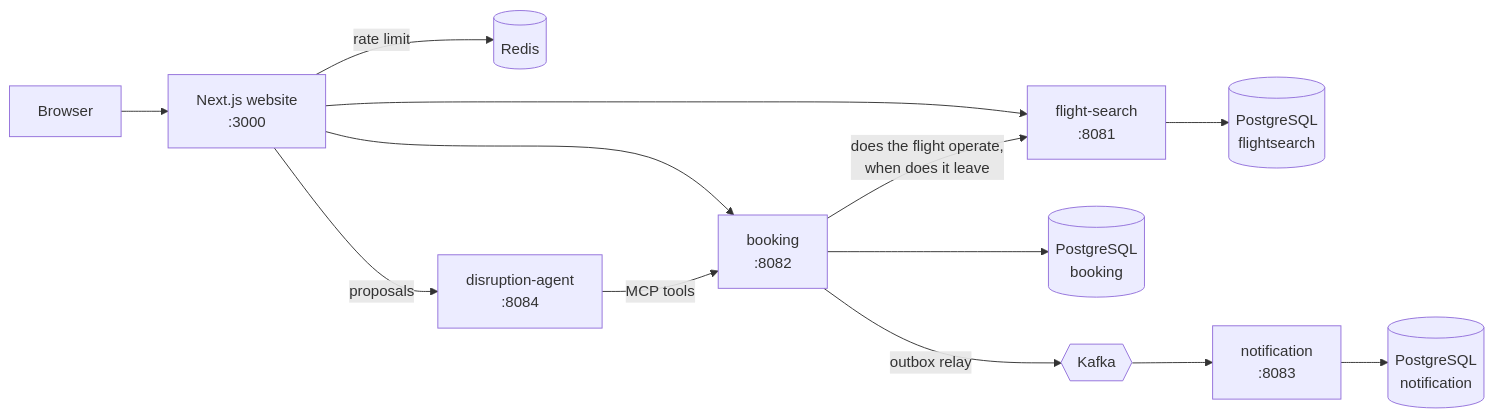
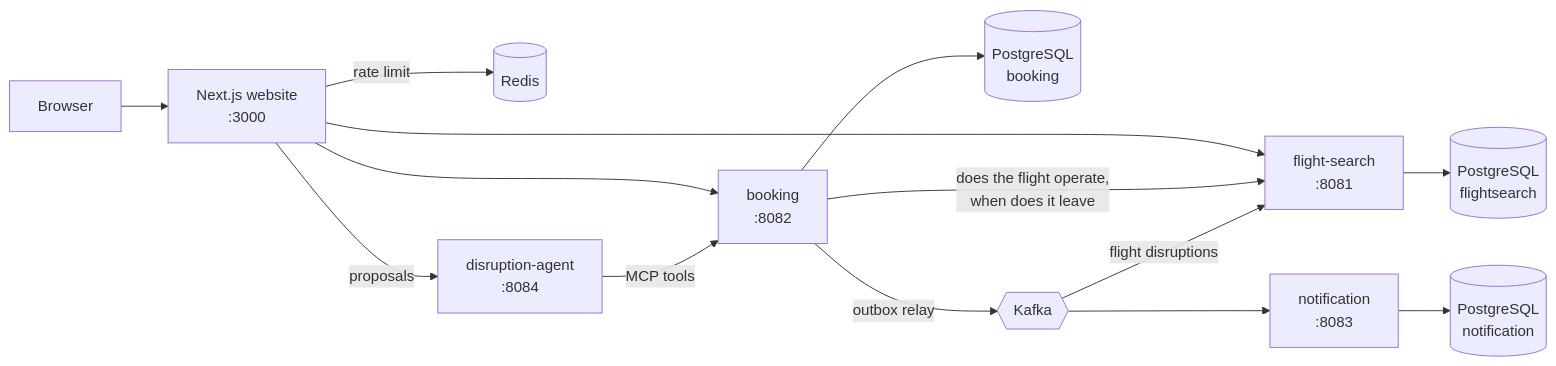
The diagram in README.md (sudeshkar/SkyHub), drawn with Mermaid before and after one commit. The commit also changed other lines of this file and 56 other files, not shown here.

````diff
--- a/README.md
+++ b/README.md
@@ -43,15 +43,16 @@
 ```mermaid
 flowchart LR
     B[Browser] --> W[Next.js website<br/>:3000]
     W -->|rate limit| R[(Redis)]
     W --> FS[flight-search<br/>:8081]
     W --> BK[booking<br/>:8082]
     BK -->|does the flight operate,<br/>when does it leave| FS
     FS --> P1[(PostgreSQL<br/>flightsearch)]
     BK --> P2[(PostgreSQL<br/>booking)]
     BK -->|outbox relay| K{{Kafka}}
     K --> N[notification<br/>:8083]
+    K -->|flight disruptions| FS
     W -->|proposals| AG[disruption-agent<br/>:8084]
     AG -->|MCP tools| BK
     N --> P3[(PostgreSQL<br/>notification)]
 ```
````
